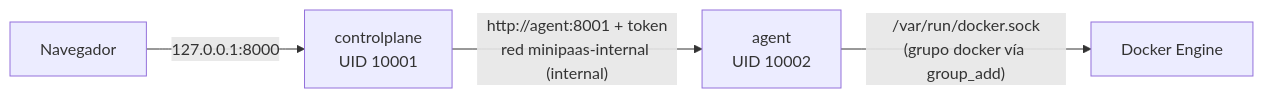
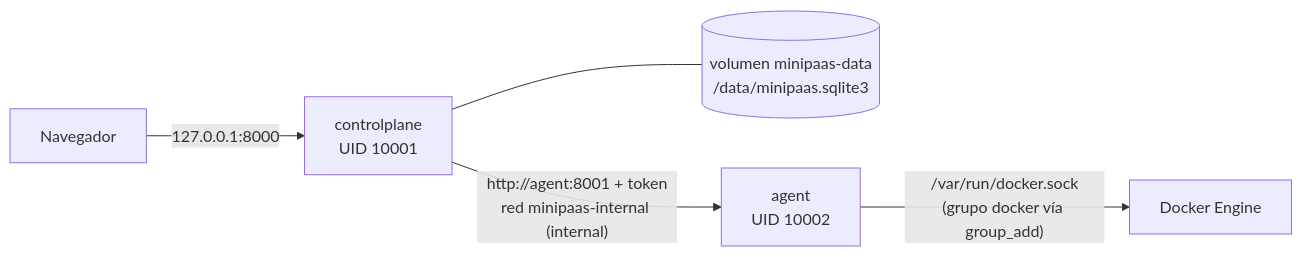
One commit to javialbala/Server-Monitoring-Service changed the diagram in docs/guia-desarrollo.md. Above: the diagram before and after it, drawn with Mermaid. The commit also changed other lines of this file and 12 other files, not shown here.

````diff
--- a/docs/guia-desarrollo.md
+++ b/docs/guia-desarrollo.md
@@ -57,6 +95,7 @@
 ```mermaid
 flowchart LR
     B[Navegador] -- "127.0.0.1:8000" --> CP[controlplane<br/>UID 10001]
+    CP --- V[(volumen minipaas-data<br/>/data/minipaas.sqlite3)]
     CP -- "http://agent:8001 + token<br/>red minipaas-internal (internal)" --> AG[agent<br/>UID 10002]
     AG -- "/var/run/docker.sock<br/>(grupo docker vía group_add)" --> D[Docker Engine]
 ```
````
